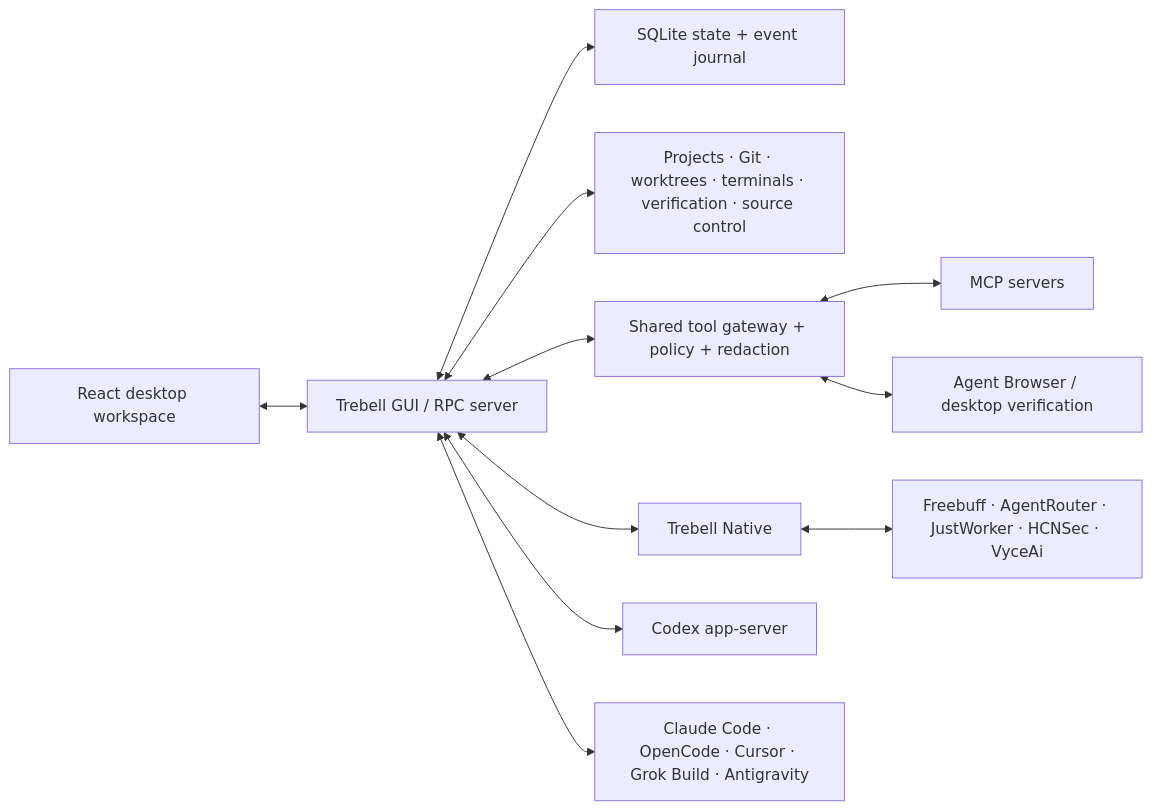
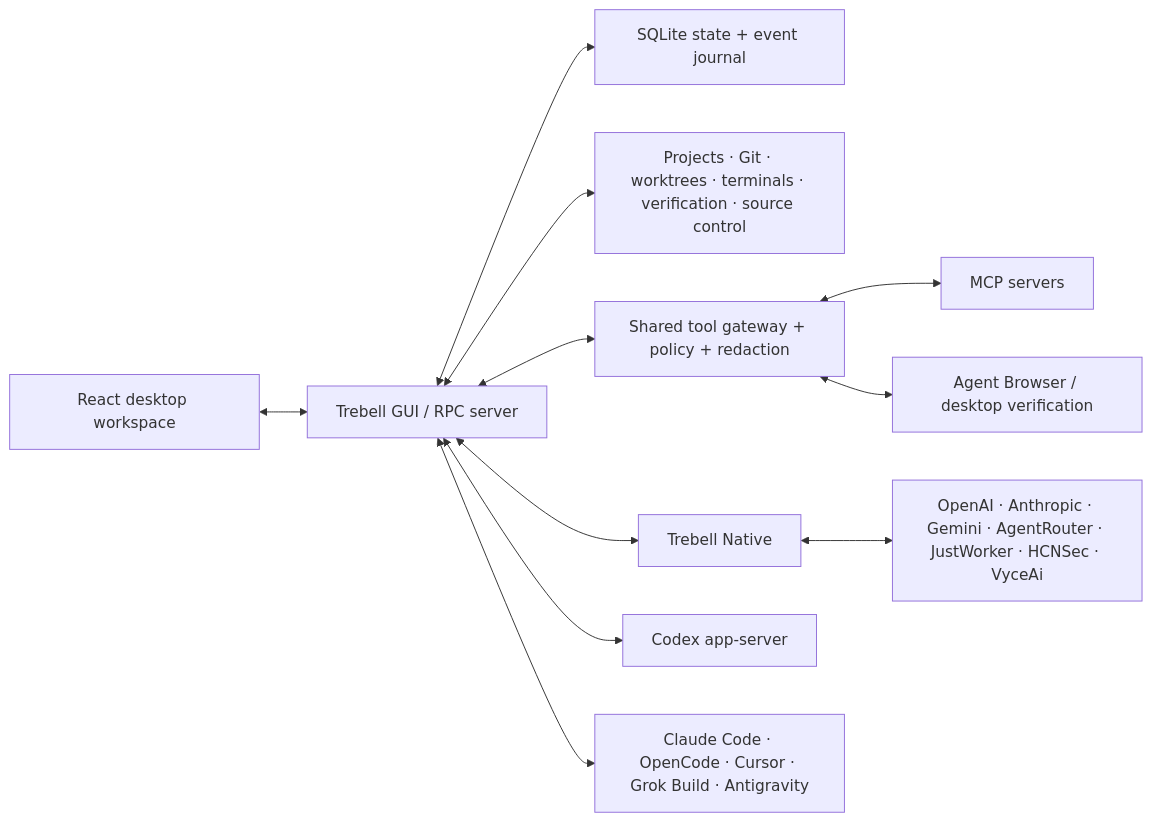
Before and after one commit to tanishqbaweja/trebellcode: the diagram in docs/technical/TECHNICAL_OVERVIEW.md, drawn with Mermaid. The commit also changed other lines of this file and 112 other files, not shown here.

```diff
--- a/docs/technical/TECHNICAL_OVERVIEW.md
+++ b/docs/technical/TECHNICAL_OVERVIEW.md
@@ -50,25 +50,25 @@
 ~~~mermaid
 flowchart LR
     UI["React desktop workspace"]
     GUI["Trebell GUI / RPC server"]
     STATE["SQLite state + event journal"]
     SERVICES["Projects · Git · worktrees · terminals · verification · source control"]
     TOOLS["Shared tool gateway + policy + redaction"]
     NATIVE["Trebell Native"]
     CODEX["Codex app-server"]
     EXTERNAL["Claude Code · OpenCode · Cursor · Grok Build · Antigravity"]
-    PROVIDERS["Freebuff · AgentRouter · JustWorker · HCNSec · VyceAi"]
+    PROVIDERS["OpenAI · Anthropic · Gemini · AgentRouter · JustWorker · HCNSec · VyceAi"]
     MCP["MCP servers"]
     BROWSER["Agent Browser / desktop verification"]
 
     UI <--> GUI
     GUI <--> STATE
     GUI <--> SERVICES
     GUI <--> TOOLS
     GUI <--> NATIVE
     GUI <--> CODEX
     GUI <--> EXTERNAL
     NATIVE <--> PROVIDERS
     TOOLS <--> MCP
     TOOLS <--> BROWSER
 ~~~
```
